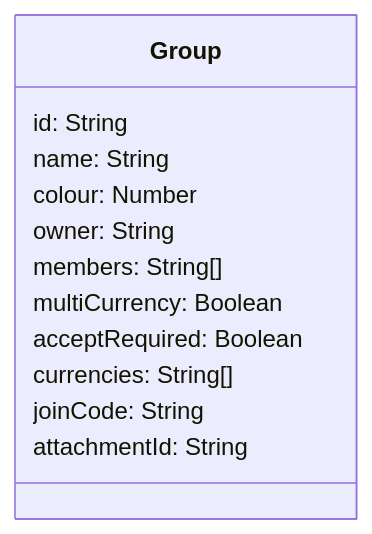
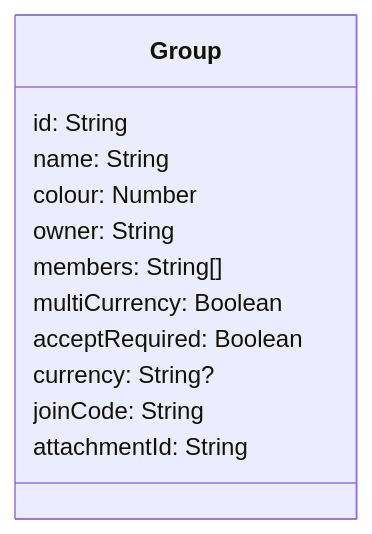
One commit to Group-Expense-Manager/gem-docs changed the sixth of 11 diagrams in docs/contracts.md. Above: the diagram before and after it, drawn with Mermaid. The commit also changed other lines of this file and 1 other file, not shown here.

````diff
--- a/docs/contracts.md
+++ b/docs/contracts.md
@@ -255,16 +243,16 @@
 ```mermaid
 classDiagram
     class Group {
         id: String
         name: String
         colour: Number
         owner: String
         members: String[]
         multiCurrency: Boolean
         acceptRequired: Boolean
-        currencies: String[]
+        currency: String?
         joinCode: String
         attachmentId: String
         
     }
 ```
````
